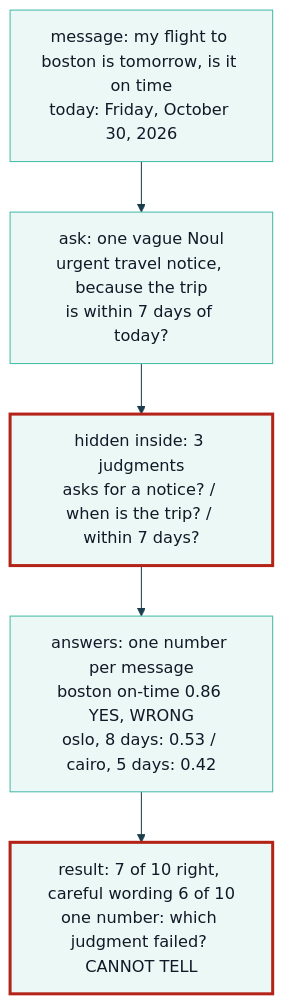
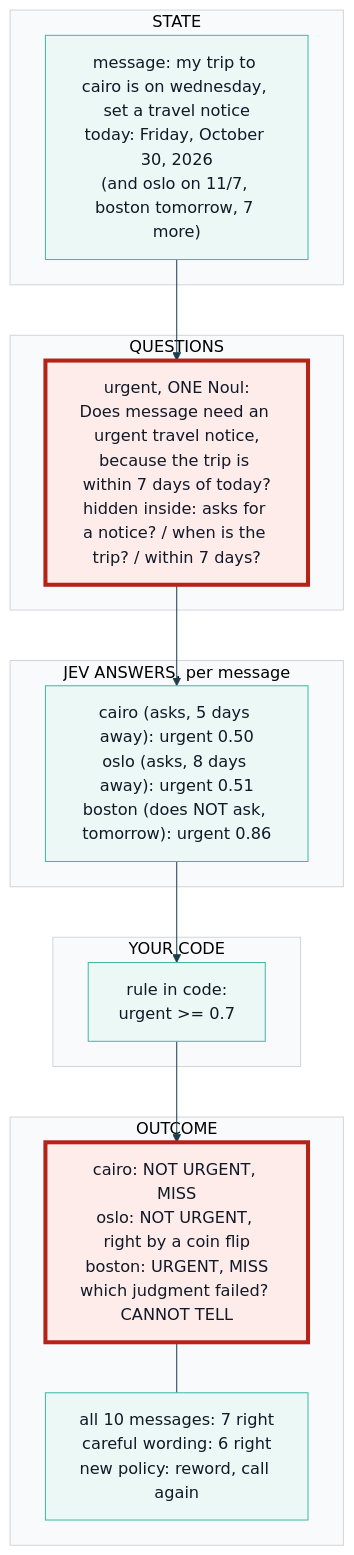
One commit to axel-sirota/getting_started_jev changed the diagram in course/diagrams/module_02/p1-problem-vague-question.mmd. Above: the diagram before and after it, drawn with Mermaid. The commit also changed 31 other files, not shown here.

Commit message:
Module 2: notebooks and diagrams

```diff
--- a/course/diagrams/module_02/p1-problem-vague-question.mmd
+++ b/course/diagrams/module_02/p1-problem-vague-question.mmd
@@ -1,8 +1,26 @@
 %%{init: {"theme": "base", "themeVariables": {"fontFamily": "Inter, sans-serif", "primaryColor": "#ECF8F6", "primaryBorderColor": "#40B8A6", "primaryTextColor": "#111827", "lineColor": "#1A3D4D", "secondaryColor": "#F9FAFB", "tertiaryColor": "#FFFFFF", "clusterBkg": "#F9FAFB", "clusterBorder": "#D1D5DB", "actorBkg": "#ECF8F6", "actorBorder": "#40B8A6", "noteBkgColor": "#FFF6DA", "noteBorderColor": "#E0B84C"}}}%%
 flowchart TD
-  M["message: my flight to boston is tomorrow, is it on time<br/>today: Friday, October 30, 2026"] --> Q["ask: one vague Noul<br/>urgent travel notice, because the trip<br/>is within 7 days of today?"]
-  Q --> H["hidden inside: 3 judgments<br/>asks for a notice? / when is the trip? / within 7 days?"]
-  H --> A["answers: one number per message<br/>boston on-time 0.86 YES, WRONG<br/>oslo, 8 days: 0.53 / cairo, 5 days: 0.42"]
-  A --> X["result: 7 of 10 right, careful wording 6 of 10<br/>one number: which judgment failed? CANNOT TELL"]
-  style H stroke:#B42318,stroke-width:3px
-  style X stroke:#B42318,stroke-width:3px
+  subgraph STATE["STATE"]
+    S["message: my trip to cairo is on wednesday, set a travel notice<br/>today: Friday, October 30, 2026<br/>(and oslo on 11/7, boston tomorrow, 7 more)"]
+  end
+  subgraph QUESTIONS["QUESTIONS"]
+    Q["urgent, ONE Noul:<br/>Does message need an urgent travel notice,<br/>because the trip is within 7 days of today?<br/>hidden inside: asks for a notice? / when is the trip? / within 7 days?"]
+  end
+  subgraph ANSWERS["JEV ANSWERS, per message"]
+    A["cairo (asks, 5 days away): urgent 0.50<br/>oslo (asks, 8 days away): urgent 0.51<br/>boston (does NOT ask, tomorrow): urgent 0.86"]
+  end
+  subgraph CODE["YOUR CODE"]
+    C["rule in code:<br/>urgent >= 0.7"]
+  end
+  subgraph OUTCOME["OUTCOME"]
+    O["cairo: NOT URGENT, MISS<br/>oslo: NOT URGENT, right by a coin flip<br/>boston: URGENT, MISS<br/>which judgment failed? CANNOT TELL"]
+    R["all 10 messages: 7 right<br/>careful wording: 6 right<br/>new policy: reword, call again"]
+  end
+  S --> Q --> A --> C --> O
+  O --- R
+
+  classDef fail fill:#FDECEA,stroke:#B42318,stroke-width:4px
+  classDef changed fill:#D5F2EC,stroke:#1A3D4D,stroke-width:4px
+  classDef ok fill:#ECF8F6,stroke:#1A3D4D,stroke-width:3px
+  class Q fail
+  class O fail
```
